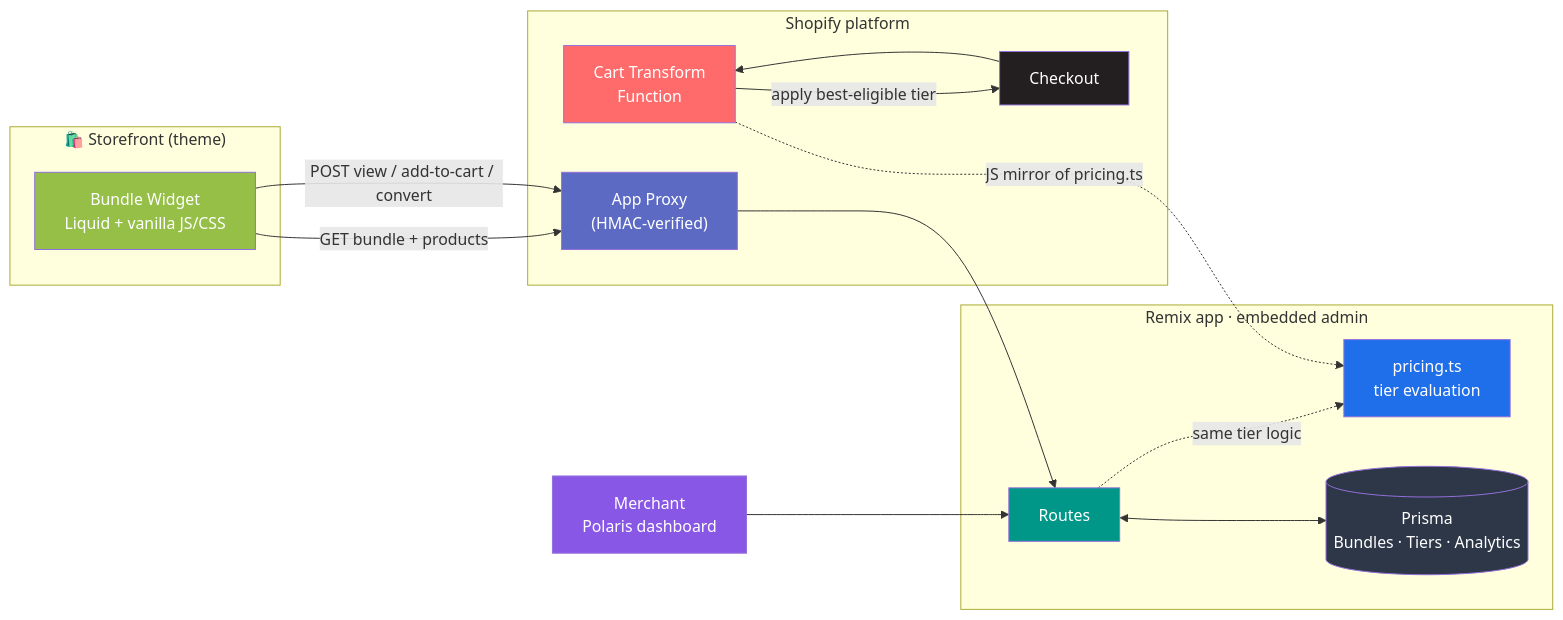
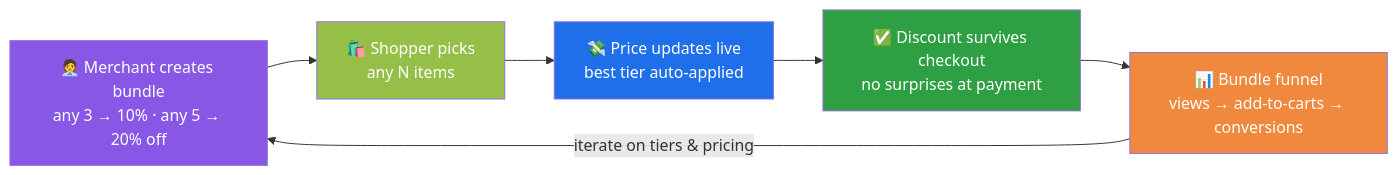
The third of 3 diagrams in README.md (vivekreddy/vivekreddy), drawn with Mermaid before and after one commit. The commit also changed other lines of this file, not shown here.

Commit message:
Starbundle: show business flow instead of technical architecture

````diff
--- a/README.md
+++ b/README.md
@@ -147,32 +147,14 @@
 ```mermaid
 flowchart LR
-    subgraph SF["🛍️ Storefront (theme)"]
-      W["Bundle Widget<br/>Liquid + vanilla JS/CSS"]
-    end
-    subgraph SH["Shopify platform"]
-      AP["App Proxy<br/>(HMAC-verified)"]
-      CT["Cart Transform<br/>Function"]
-      CO["Checkout"]
-    end
-    subgraph APP["Remix app · embedded admin"]
-      R["Routes"]
-      PL["pricing.ts<br/>tier evaluation"]
-      DB[("Prisma<br/>Bundles · Tiers · Analytics")]
-    end
-    ADM["Merchant<br/>Polaris dashboard"] --> R
-    W -->|"GET bundle + products"| AP --> R
-    W -->|"POST view / add-to-cart / convert"| AP
-    R <--> DB
-    R -. "same tier logic" .-> PL
-    CT -. "JS mirror of pricing.ts" .-> PL
-    CO --> CT -->|"apply best-eligible tier"| CO
+    M["🧑‍💼 Merchant creates bundle<br/>any 3 → 10% · any 5 → 20% off"] --> S["🛍️ Shopper picks<br/>any N items"]
+    S --> L["💸 Price updates live<br/>best tier auto-applied"]
+    L --> C["✅ Discount survives checkout<br/>no surprises at payment"]
+    C --> AN["📊 Bundle funnel<br/>views → add-to-carts → conversions"]
+    AN -->|"iterate on tiers & pricing"| M
 
-    style W fill:#95bf47,color:#fff
-    style AP fill:#5c6ac4,color:#fff
-    style CT fill:#ff6b6b,color:#fff
-    style CO fill:#231f20,color:#fff
-    style R fill:#009688,color:#fff
-    style PL fill:#1f6feb,color:#fff
-    style DB fill:#2d3748,color:#fff
-    style ADM fill:#8957e5,color:#fff
+    style M fill:#8957e5,color:#fff
+    style S fill:#95bf47,color:#fff
+    style L fill:#1f6feb,color:#fff
+    style C fill:#2ea043,color:#fff
+    style AN fill:#f0883e,color:#fff
 ```
````
